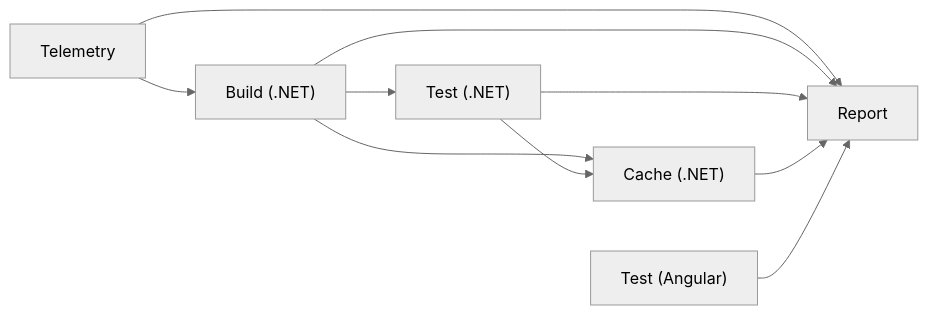
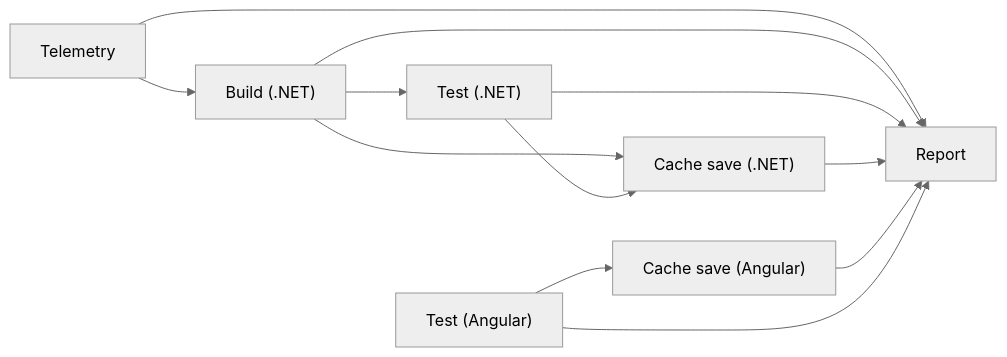
Before and after one commit to ugritchaichana/booth-homelab: the second of 2 diagrams in wiki/04-SDET-Transitive-Affected-Testing.md, drawn with Mermaid (neutral theme). The commit also changed other lines of this file and 13 other files, not shown here.

````diff
--- a/wiki/04-SDET-Transitive-Affected-Testing.md
+++ b/wiki/04-SDET-Transitive-Affected-Testing.md
@@ -69,14 +34,14 @@
 ```mermaid
 graph LR
-    Telemetry["Telemetry"]
-    Build["Build (.NET)"]
-    TestDotnet["Test (.NET)"]
-    CacheDotnet["Cache (.NET)"]
-    TestAngular["Test (Angular)"]
-    Report["Report"]
-
-    Telemetry --> Build
-    Build --> TestDotnet
-    Build & TestDotnet --> CacheDotnet
-    Telemetry & Build & TestDotnet & CacheDotnet & TestAngular --> Report
+    T["Telemetry"] --> B["Build (.NET)"]
+    B --> TD["Test (.NET)"]
+    B --> CS["Cache save (.NET)"]
+    TD --> CS
+    A["Test (Angular)"] --> AS["Cache save (Angular)"]
+    T --> R["Report"]
+    B --> R
+    TD --> R
+    CS --> R
+    AS --> R
+    A --> R
 ```
````
